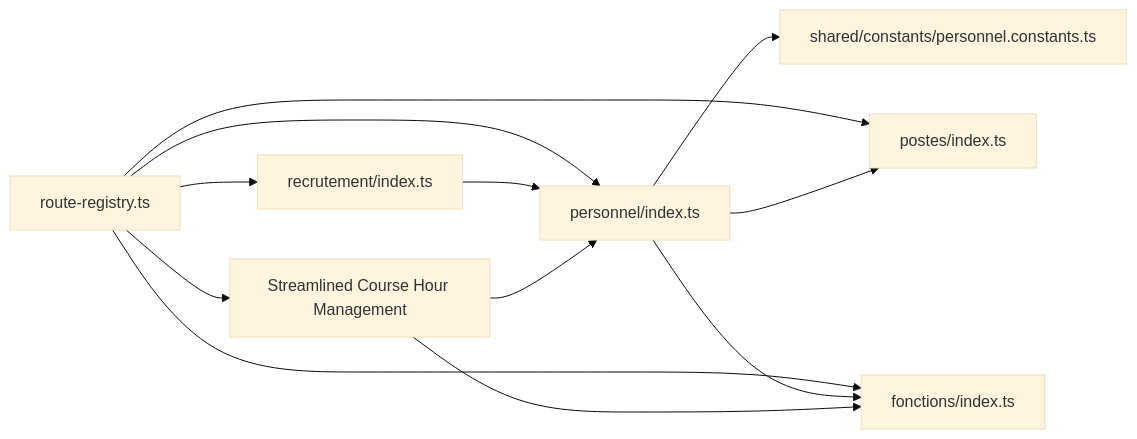
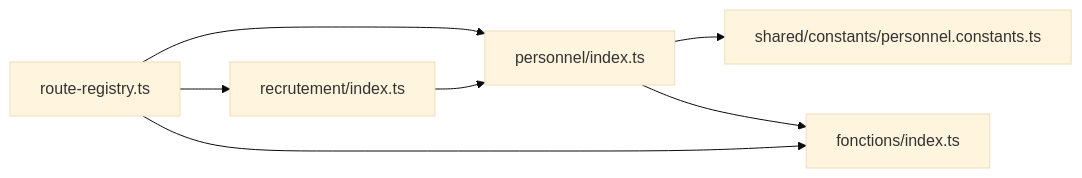
One commit to franckylab/eLISAschool changed the seventh of 7 diagrams in .qoder/repowiki/en/content/Human Resources Management/Personnel Administration/Personnel Administration.md. Above: the diagram before and after it, drawn with Mermaid (base theme). The commit also changed other lines of this file and 21 other files, not shown here.

````diff
--- a/.qoder/repowiki/en/content/Human Resources Management/Personnel Administration/Personnel Administration.md
+++ b/.qoder/repowiki/en/content/Human Resources Management/Personnel Administration/Personnel Administration.md
@@ -435,14 +376,9 @@
 ```mermaid
 graph LR
 RT["route-registry.ts"] --> P["personnel/index.ts"]
 RT --> R["recrutement/index.ts"]
-RT --> PO["postes/index.ts"]
 RT --> F["fonctions/index.ts"]
-RT --> CHM["Streamlined Course Hour Management"]
 P --> C["shared/constants/personnel.constants.ts"]
 R --> P
-P --> PO
 P --> F
-CHM --> P
-CHM --> F
 ```
````
